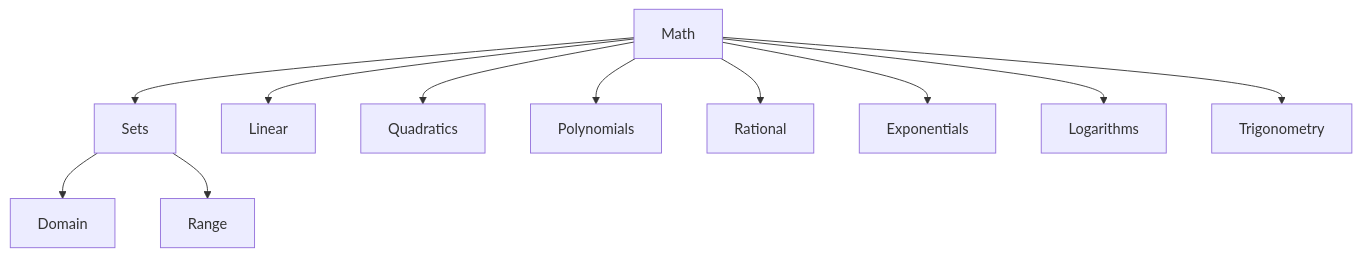
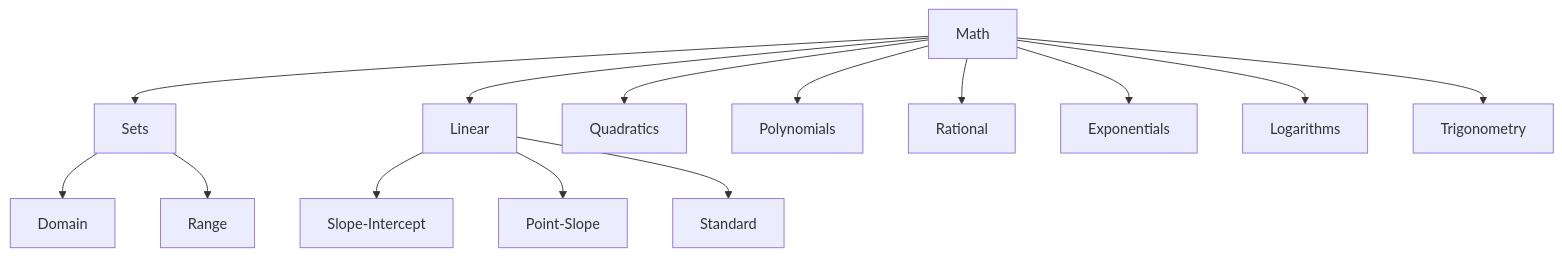
Before and after one commit to ccmas88/Hello-World: the diagram in README.md, drawn with Mermaid.

````diff
--- a/README.md
+++ b/README.md
@@ -6,13 +6,16 @@
 ```mermaid
 graph TD;
     Math-->Sets;
          Sets-->Domain;
          Sets-->Range;
     Math-->Linear;
+         Linear-->Slope-Intercept;
+         Linear-->Point-Slope;
+         Linear-->Standard;
     Math-->Quadratics;
     Math-->Polynomials;
     Math-->Rational;
     Math-->Exponentials;
     Math-->Logarithms;
     Math-->Trigonometry;
 ```
````
